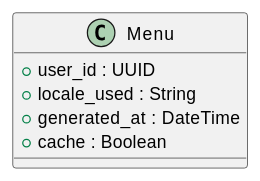
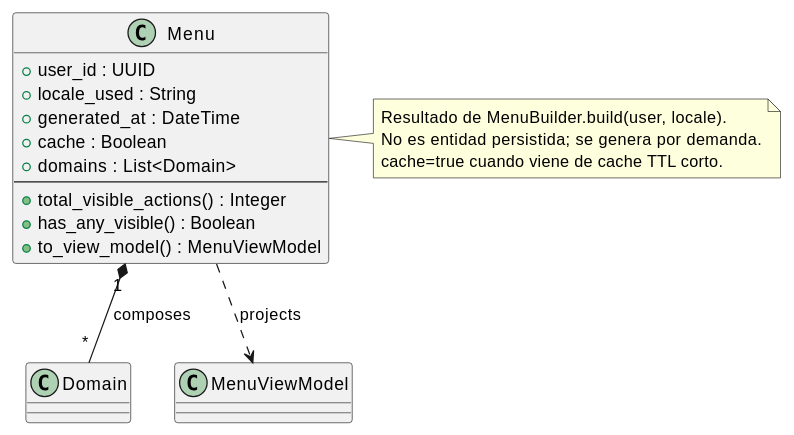
Before and after one commit to jcg-admin/IACT-docs: the diagram in source/arquitectura-tecnica/domain-model/menu.rst, drawn with PlantUML. The commit also changed other lines of this file and 10 other files, not shown here.

First line of the commit message:
Complete 10 RBAC bounded context domain-model stubs (1.0.0)

```diff
--- a/source/arquitectura-tecnica/domain-model/menu.rst
+++ b/source/arquitectura-tecnica/domain-model/menu.rst
@@ -25,13 +30,31 @@
 .. uml::
- :caption: Clase Menu — stub pendiente de desarrollo.
+ :caption: Clase Menu — proyección filtrada por permisos
+           del árbol de navegación para un usuario.
 
  @startuml
 
  class Menu {
-  + user_id : UUID
-  + locale_used : String
-  + generated_at : DateTime
-  + cache : Boolean
+   + user_id : UUID
+   + locale_used : String
+   + generated_at : DateTime
+   + cache : Boolean
+   + domains : List<Domain>
+   --
+   + total_visible_actions() : Integer
+   + has_any_visible() : Boolean
+   + to_view_model() : MenuViewModel
  }
 
+ class Domain
+ class MenuViewModel
+
+ Menu "1" *-- "*" Domain : composes
+ Menu ..> MenuViewModel : projects
+
+ note right of Menu
+   Resultado de MenuBuilder.build(user, locale).
+   No es entidad persistida; se genera por demanda.
+   cache=true cuando viene de cache TTL corto.
+ end note
+
  @enduml
```
